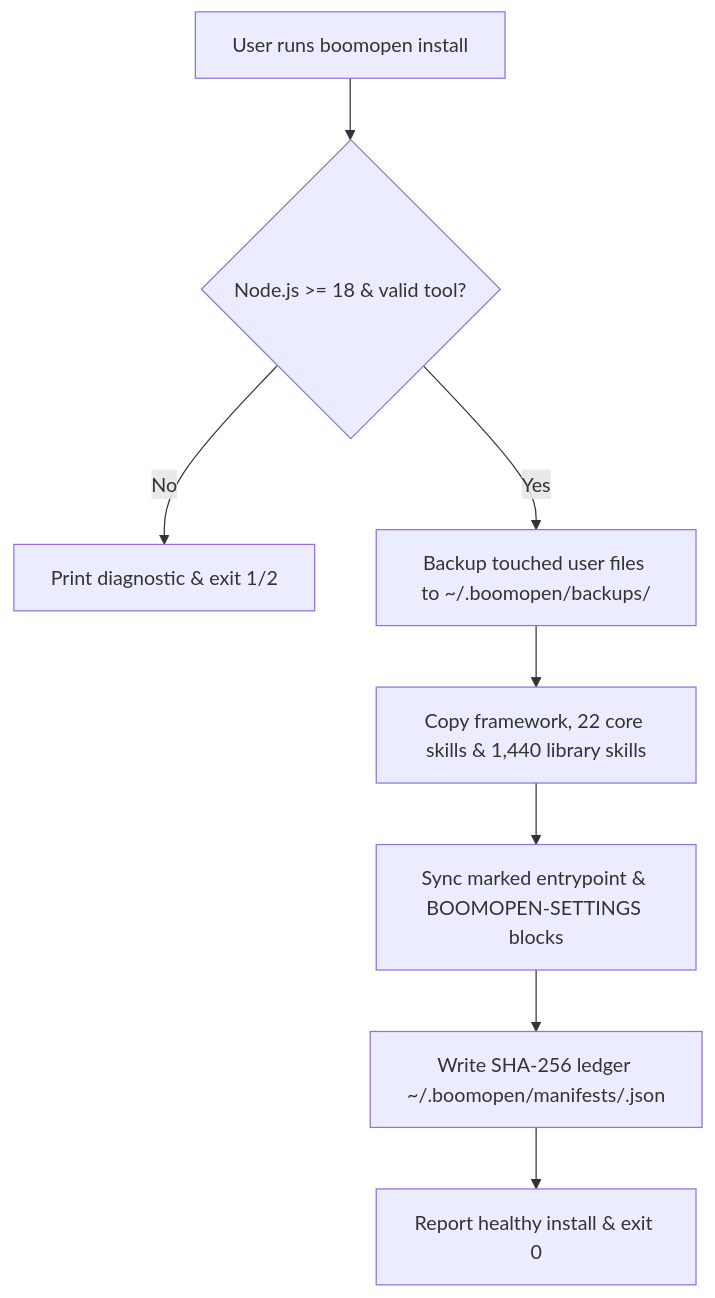
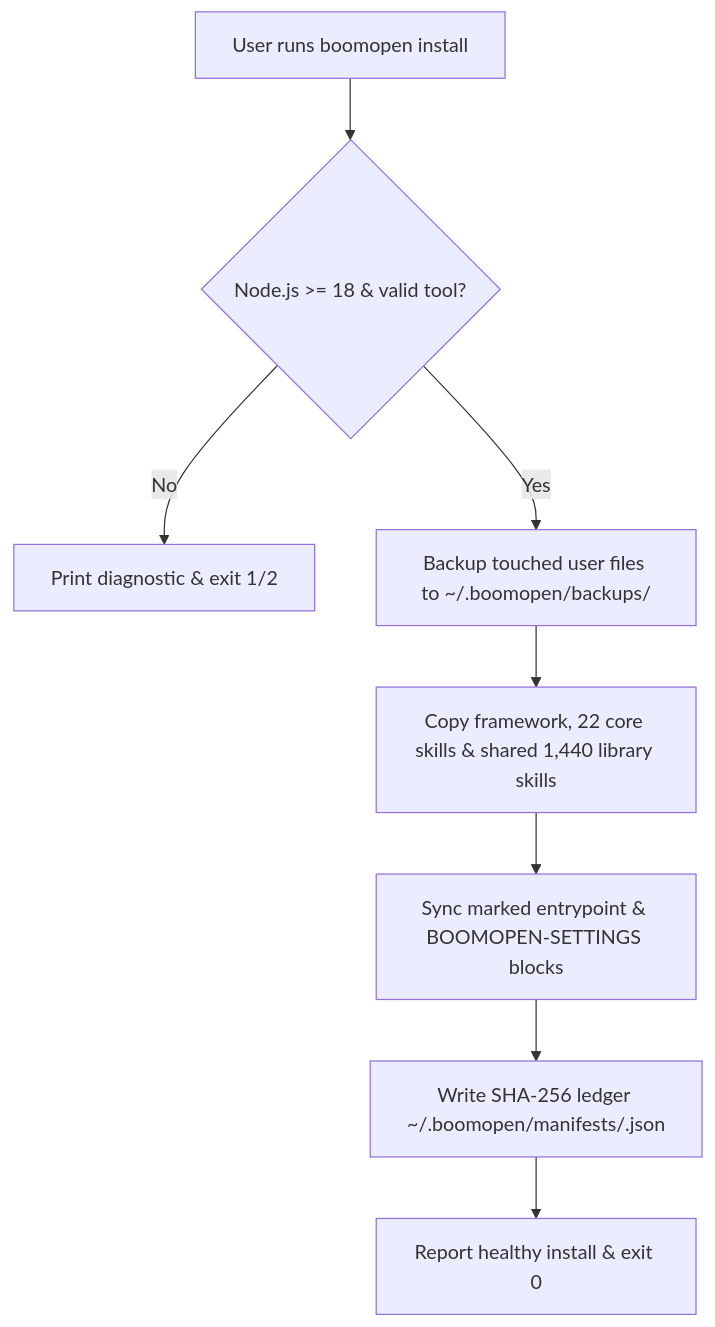
The first of 4 diagrams in documents/business/business-workflows/03-detailed-workflows.md (Kennyboom/BoomOpen-Workflow-Kit-Pro), drawn with Mermaid before and after one commit. The commit also changed other lines of this file and 99 other files, not shown here.

````diff
--- a/documents/business/business-workflows/03-detailed-workflows.md
+++ b/documents/business/business-workflows/03-detailed-workflows.md
@@ -20,10 +20,10 @@
 ```mermaid
 flowchart TD
     A["User runs boomopen install <tool|--all>"] --> B{"Node.js >= 18 & valid tool?"}
     B -->|No| Z1["Print diagnostic & exit 1/2"]
     B -->|Yes| C["Backup touched user files to ~/.boomopen/backups/"]
-    C --> D["Copy framework, 22 core skills & 1,440 library skills"]
+    C --> D["Copy framework, 22 core skills & shared 1,440 library skills"]
     D --> E["Sync marked entrypoint & BOOMOPEN-SETTINGS blocks"]
     E --> F["Write SHA-256 ledger ~/.boomopen/manifests/<tool>.json"]
     F --> Z0["Report healthy install & exit 0"]
 ```
````
